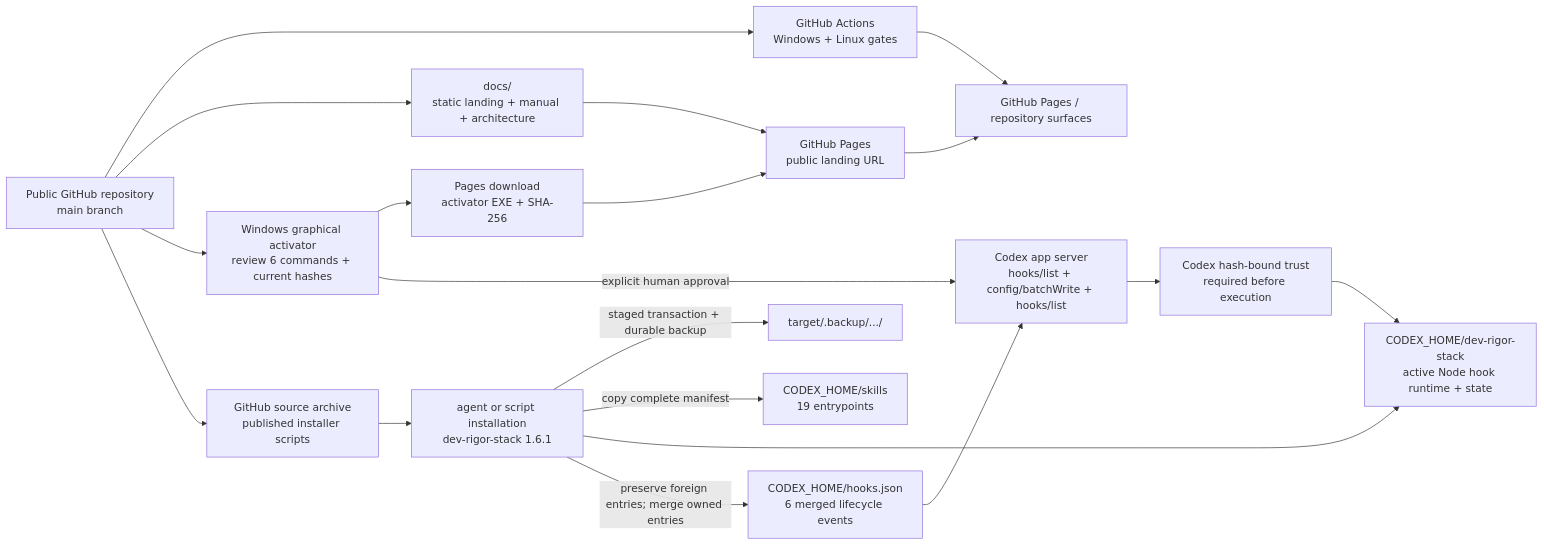
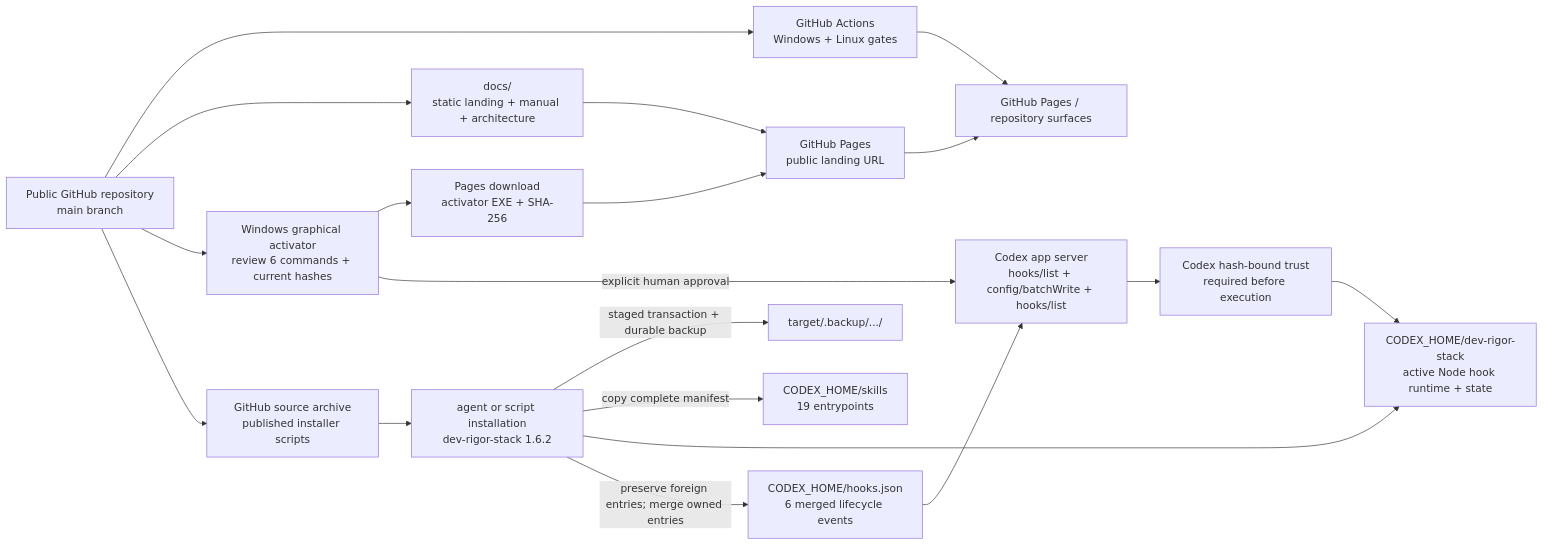
The fifth of 5 diagrams in docs/ARCHITECTURE.md (scottconverse/codex-dev-rigor-stack), drawn with Mermaid before and after one commit. The commit also changed other lines of this file and 27 other files, not shown here.

````diff
--- a/docs/ARCHITECTURE.md
+++ b/docs/ARCHITECTURE.md
@@ -194,29 +196,29 @@
 ```mermaid
 flowchart LR
     Source["Public GitHub repository\nmain branch"]
     Docs["docs/\nstatic landing + manual + architecture"]
     Pages["GitHub Pages\npublic landing URL"]
     Archive["GitHub source archive\npublished installer scripts"]
-    Installer["agent or script installation\ndev-rigor-stack 1.6.1"]
+    Installer["agent or script installation\ndev-rigor-stack 1.6.2"]
     Backup["target/.backup/.../<timestamp>"]
     Home["CODEX_HOME/skills\n19 entrypoints"]
     Runtime["CODEX_HOME/dev-rigor-stack\nactive Node hook runtime + state"]
     HookConfig["CODEX_HOME/hooks.json\n6 merged lifecycle events"]
     Activator["Windows graphical activator\nreview 6 commands + current hashes"]
     AppServer["Codex app server\nhooks/list + config/batchWrite + hooks/list"]
     Trust["Codex hash-bound trust\nrequired before execution"]
     Download["Pages download\nactivator EXE + SHA-256"]
     CI["GitHub Actions\nWindows + Linux gates"]
     Publish["GitHub Pages / repository surfaces"]
 
     Source --> CI --> Publish
     Source --> Docs --> Pages --> Publish
     Source --> Activator --> Download --> Pages
     Source --> Archive --> Installer
     Installer -->|staged transaction + durable backup| Backup
     Installer -->|copy complete manifest| Home
     Installer --> Runtime
     Installer -->|preserve foreign entries; merge owned entries| HookConfig
     HookConfig --> AppServer
     Activator -->|explicit human approval| AppServer --> Trust --> Runtime
 ```
````
